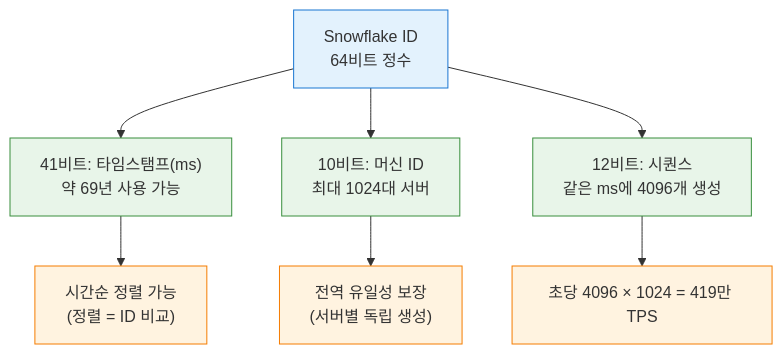
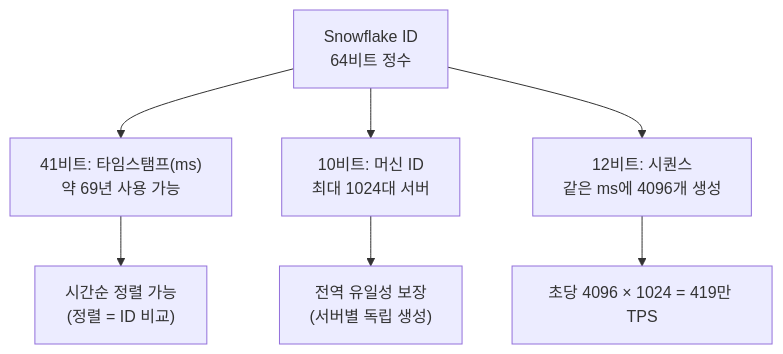
One commit to yjkim2015/yjkim2015.github.io changed the fifth of 9 diagrams in _posts/systemdesign/2026-05-02-system-design-chat.md. Above: the diagram before and after it, drawn with Mermaid. The commit also changed other lines of this file and 215 other files, not shown here.

First line of the commit message:
신규 포스트 10개 추가 + Mermaid 전면 축소 + SystemDesign 시리즈 보강

````diff
--- a/_posts/systemdesign/2026-05-02-system-design-chat.md
+++ b/_posts/systemdesign/2026-05-02-system-design-chat.md
@@ -260,18 +172,10 @@
 ```mermaid
 graph TD
     Snow["Snowflake ID\n64비트 정수"]
     Snow --> T["41비트: 타임스탬프(ms)\n약 69년 사용 가능"]
     Snow --> M["10비트: 머신 ID\n최대 1024대 서버"]
     Snow --> S["12비트: 시퀀스\n같은 ms에 4096개 생성"]
-
     T --> Benefit1["시간순 정렬 가능\n(정렬 = ID 비교)"]
     M --> Benefit2["전역 유일성 보장\n(서버별 독립 생성)"]
     S --> Benefit3["초당 4096 × 1024 = 419만 TPS"]
-
-    classDef client fill:#e3f2fd,stroke:#1976d2
-    classDef server fill:#e8f5e9,stroke:#388e3c
-    classDef db fill:#fff3e0,stroke:#f57c00
-    class Snow client
-    class T,M,S server
-    class Benefit1,Benefit2,Benefit3 db
 ```
````
